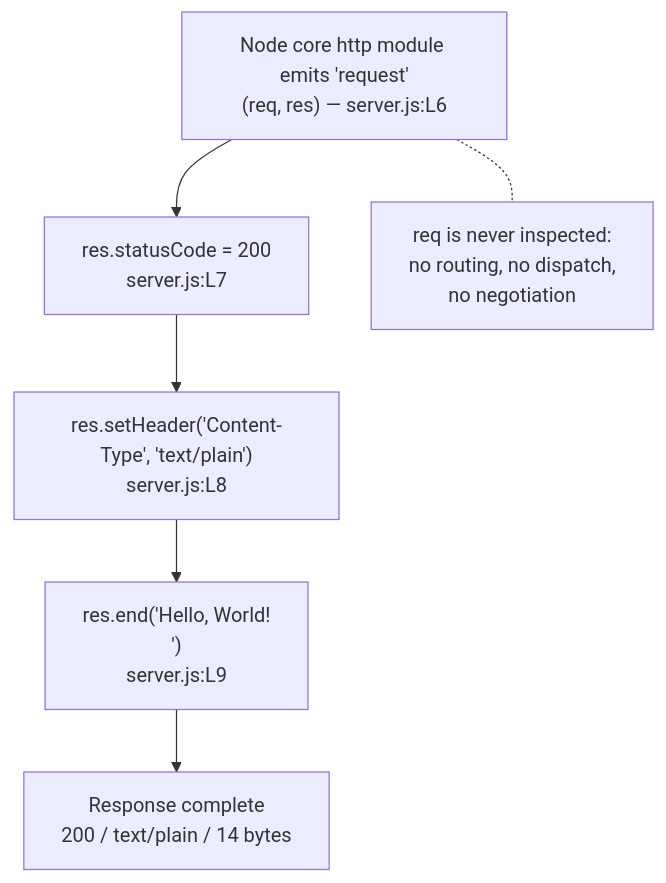
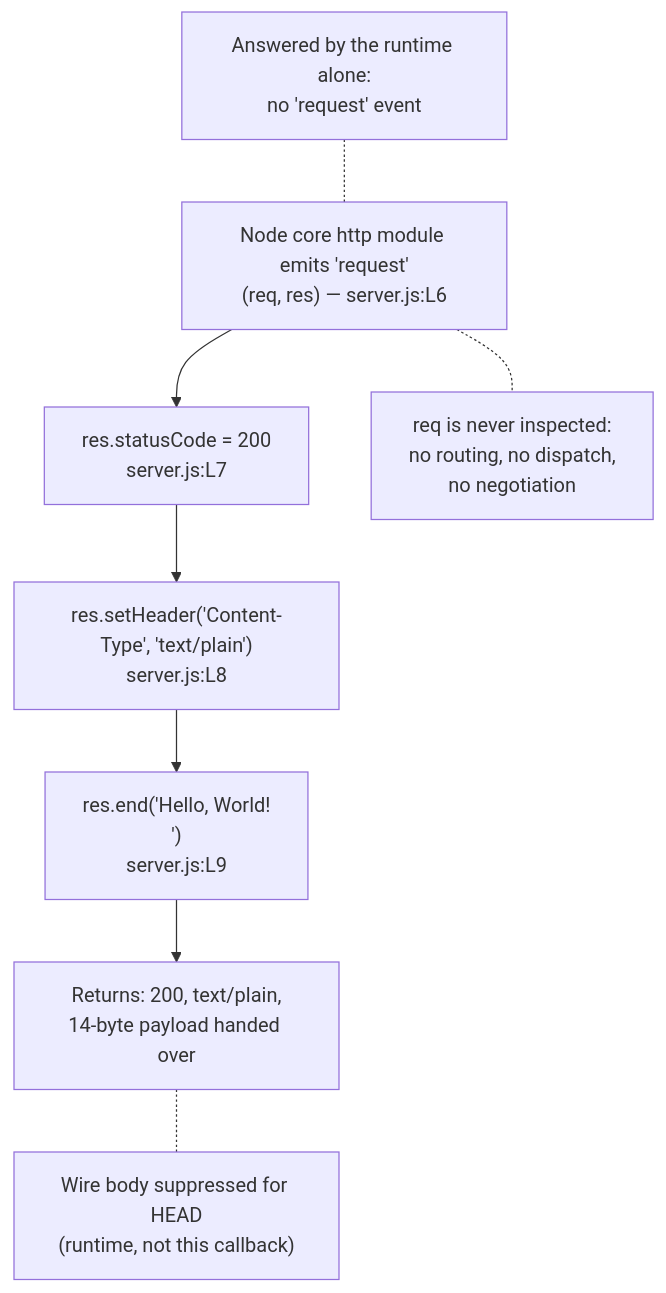
Before and after one commit to ajitblitzy/Ajit_GH_Repo-12-Mar-26: the diagram in docs/api-reference/functions/request-handler-callback.md, drawn with Mermaid. The commit also changed other lines of this file and 13 other files, not shown here.

````diff
--- a/docs/api-reference/functions/request-handler-callback.md
+++ b/docs/api-reference/functions/request-handler-callback.md
@@ -180,14 +233,25 @@
 ```mermaid
 flowchart TD
+    N["Answered by the runtime alone:<br/>no 'request' event"]
     R["Node core http module emits 'request'<br/>(req, res) — server.js:L6"]
     A["res.statusCode = 200<br/>server.js:L7"]
     B["res.setHeader('Content-Type', 'text/plain')<br/>server.js:L8"]
     C["res.end('Hello, World!\n')<br/>server.js:L9"]
-    Z["Response complete<br/>200 / text/plain / 14 bytes"]
+    Z["Returns: 200, text/plain,<br/>14-byte payload handed over"]
+    H["Wire body suppressed for HEAD<br/>(runtime, not this callback)"]
     I["req is never inspected:<br/>no routing, no dispatch,<br/>no negotiation"]
     R --> A --> B --> C --> Z
     R -.- I
-%% There is no decision node anywhere in this diagram, and that is
+    N -.- R
+    Z -.- H
+%% The diagram starts at the 'request' event rather than at "any request",
+%% because the input in node N never becomes one and so never arrives here
+%% -- CONNECT, an unsupported Expect value, a missing Host header, an
+%% unknown method token and oversized headers are the verified cases.
+%% Past that entry point there is no decision node anywhere, and that is
 %% the point of it: the three statements are unconditional, so every
-%% request -- any method, any path -- takes this single path.
+%% invocation -- whatever the method, path or payload -- takes this single
+%% path. What varies is downstream of node Z and belongs to the runtime:
+%% the per-response Date header, the conditional Connection pair, and the
+%% HEAD body suppression in node H.
 ```
````
